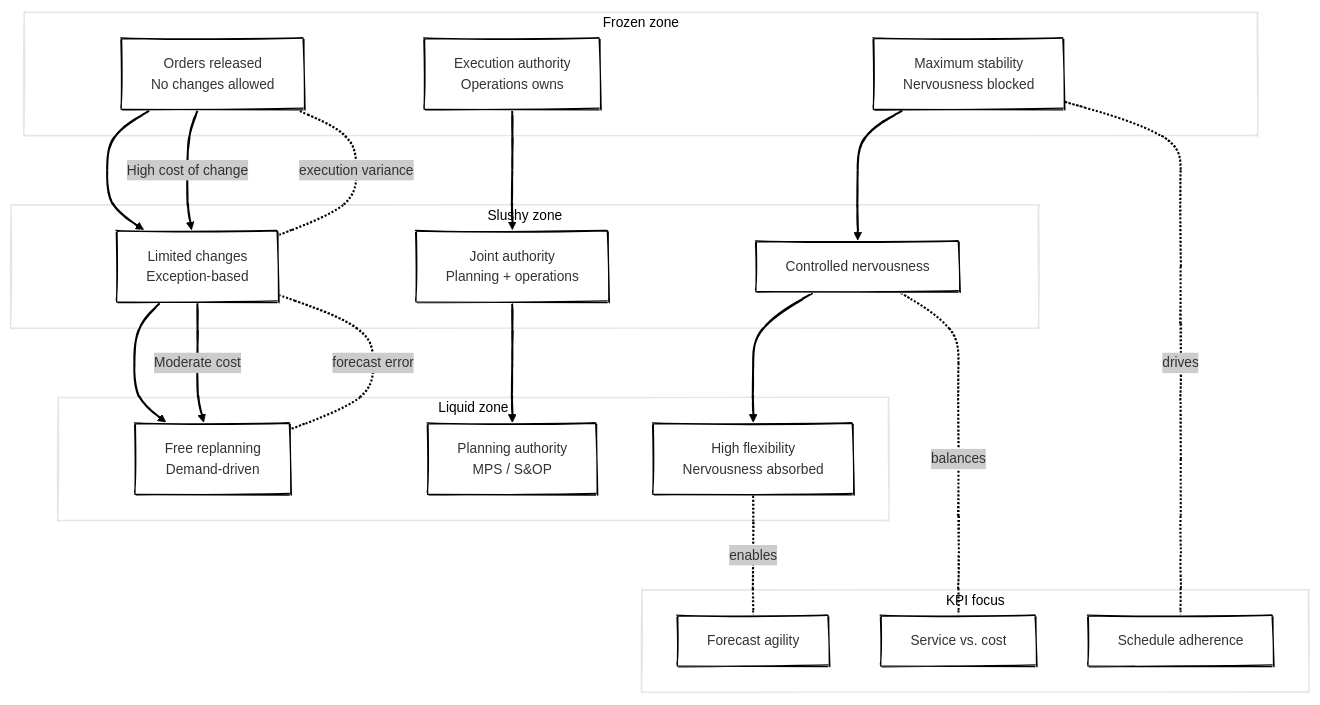
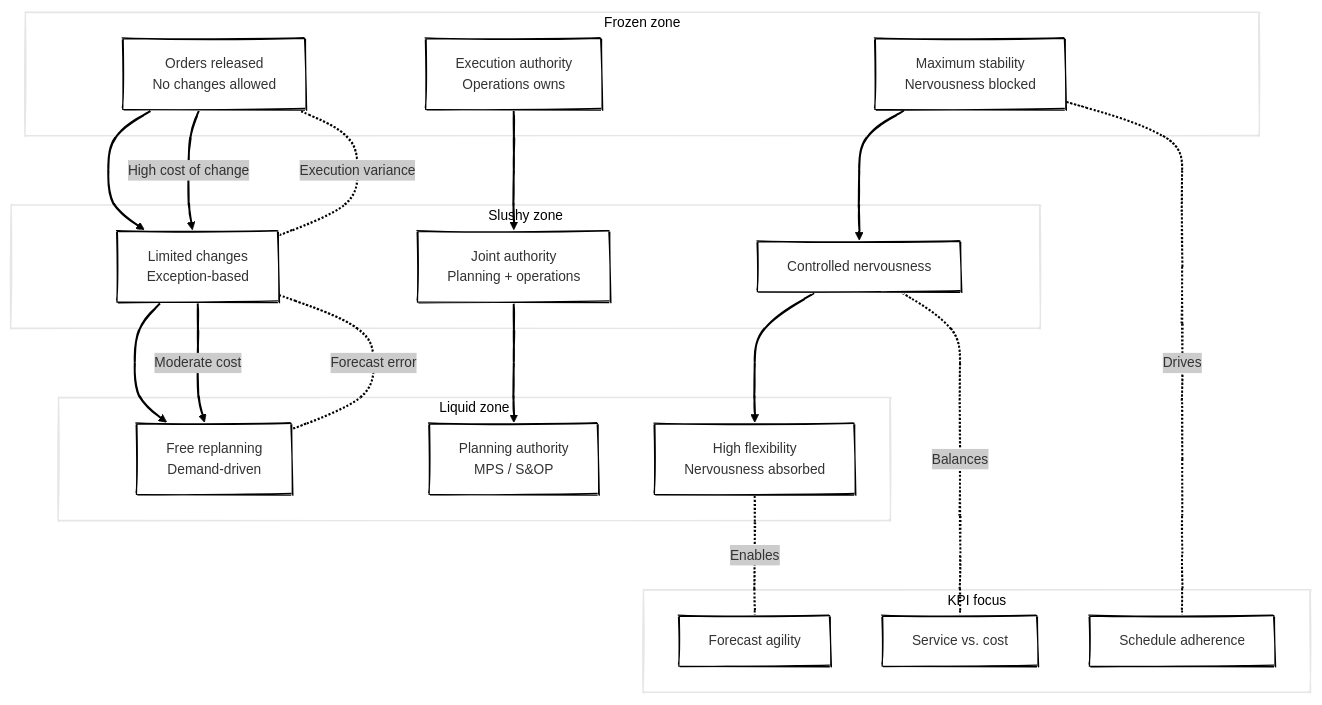
Before and after one commit to antomon/antomon.github.io: the eighth of 9 diagrams in posts/comprehensive-guide-to-sales-and-operations-planning/index.qmd, drawn with Mermaid. The commit also changed other lines of this file and 4 other files, not shown here.

````diff
--- a/posts/comprehensive-guide-to-sales-and-operations-planning/index.qmd
+++ b/posts/comprehensive-guide-to-sales-and-operations-planning/index.qmd
@@ -1562,55 +1562,55 @@
 ```{mermaid}
 %%| label: fig-time-fence-governance-extended
 %%| fig-cap: "Extended time-fence governance model showing authority, escalation paths, feedback loops, cost of change, and nervousness containment across frozen, slushy, and liquid zones in MPS."
 %%| fig-alt: "Diagram showing frozen, slushy, and liquid planning zones with decision authority, escalation paths, feedback loops, cost gradients, and KPI influence."
 %%| fig-align: "center"
 %%{init: {"theme": "neo", "look": "handDrawn"}}%%
 
 flowchart TB
 
 subgraph FZ[Frozen zone]
 F1[Orders released<br/>No changes allowed]
 F2[Execution authority<br/>Operations owns]
 F3[Maximum stability<br/>Nervousness blocked]
 end
 
 subgraph SZ[Slushy zone]
 S1[Limited changes<br/>Exception-based]
 S2[Joint authority<br/>Planning + operations]
 S3[Controlled nervousness]
 end
 
 subgraph LZ[Liquid zone]
 L1[Free replanning<br/>Demand-driven]
 L2[Planning authority<br/>MPS / S&OP]
 L3[High flexibility<br/>Nervousness absorbed]
 end
 
 subgraph KPI[KPI focus]
 K1[Schedule adherence]
 K2[Service vs. cost]
 K3[Forecast agility]
 end
 
 %% Temporal flow
 F1 --> S1 --> L1
 
 %% Authority flow
 F2 --> S2 --> L2
 
 %% Stability / nervousness containment
 F3 --> S3 --> L3
 
 %% Escalation and feedback
-S1 -.execution variance.- F1
-L1 -.forecast error.- S1
+S1 -.Execution variance.- F1
+L1 -.Forecast error.- S1
 
 %% Cost-of-change gradient (directed edges for labels)
 F1 -->|High cost of change| S1
 S1 -->|Moderate cost| L1
 
 %% KPI influence
-F3 -.drives.- K1
-S3 -.balances.- K2
-L3 -.enables.- K3
+F3 -.Drives.- K1
+S3 -.Balances.- K2
+L3 -.Enables.- K3
 ```
````
